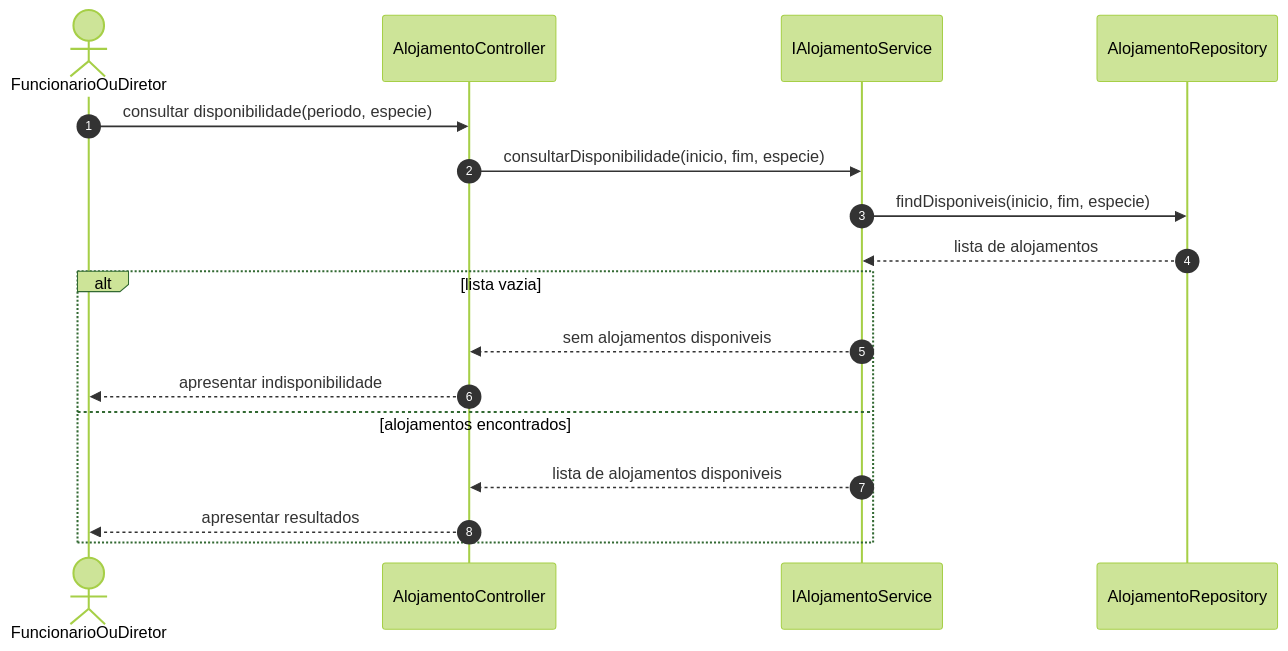
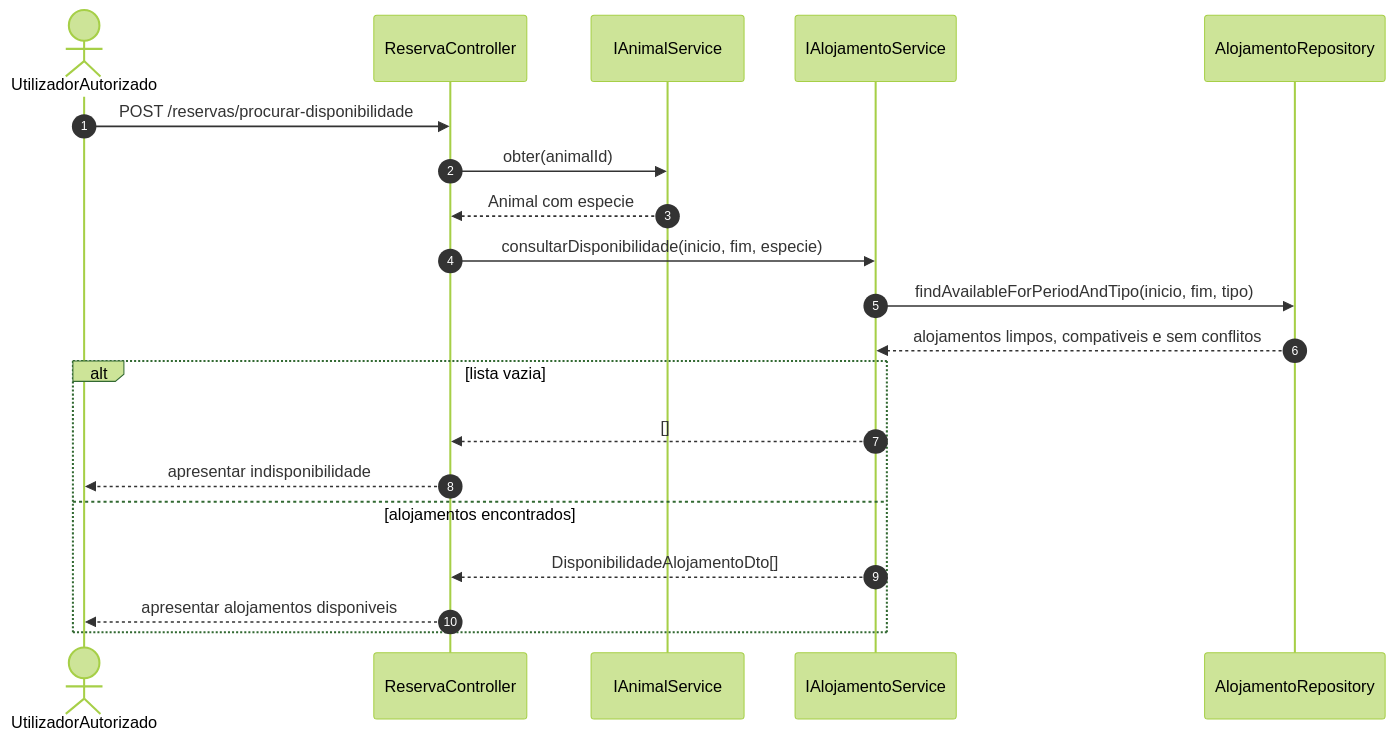
Before and after one commit to beatriz0freitas/LI4-G08: the diagram in docs/Etapa2/03-seq-diagrams/UC-02.mmd, drawn with Mermaid (forest theme). The commit also changed 50 other files, not shown here.

Commit message:
fix: adaptacao e melhroia de use case, diagramas de sequencia e requsiitos

```diff
--- a/docs/Etapa2/03-seq-diagrams/UC-02.mmd
+++ b/docs/Etapa2/03-seq-diagrams/UC-02.mmd
@@ -1,18 +1,21 @@
 sequenceDiagram
     autonumber
-    actor FuncionarioOuDiretor
-    participant AlojamentoController
+    actor UtilizadorAutorizado
+    participant ReservaController
+    participant IAnimalService
     participant IAlojamentoService
     participant AlojamentoRepository
 
-    FuncionarioOuDiretor->>AlojamentoController: consultar disponibilidade(periodo, especie)
-    AlojamentoController->>IAlojamentoService: consultarDisponibilidade(inicio, fim, especie)
-    IAlojamentoService->>AlojamentoRepository: findDisponiveis(inicio, fim, especie)
-    AlojamentoRepository-->>IAlojamentoService: lista de alojamentos
+    UtilizadorAutorizado->>ReservaController: POST /reservas/procurar-disponibilidade
+    ReservaController->>IAnimalService: obter(animalId)
+    IAnimalService-->>ReservaController: Animal com especie
+    ReservaController->>IAlojamentoService: consultarDisponibilidade(inicio, fim, especie)
+    IAlojamentoService->>AlojamentoRepository: findAvailableForPeriodAndTipo(inicio, fim, tipo)
+    AlojamentoRepository-->>IAlojamentoService: alojamentos limpos, compativeis e sem conflitos
     alt lista vazia
-        IAlojamentoService-->>AlojamentoController: sem alojamentos disponiveis
-        AlojamentoController-->>FuncionarioOuDiretor: apresentar indisponibilidade
+        IAlojamentoService-->>ReservaController: []
+        ReservaController-->>UtilizadorAutorizado: apresentar indisponibilidade
     else alojamentos encontrados
-        IAlojamentoService-->>AlojamentoController: lista de alojamentos disponiveis
-        AlojamentoController-->>FuncionarioOuDiretor: apresentar resultados
+        IAlojamentoService-->>ReservaController: DisponibilidadeAlojamentoDto[]
+        ReservaController-->>UtilizadorAutorizado: apresentar alojamentos disponiveis
     end
```
